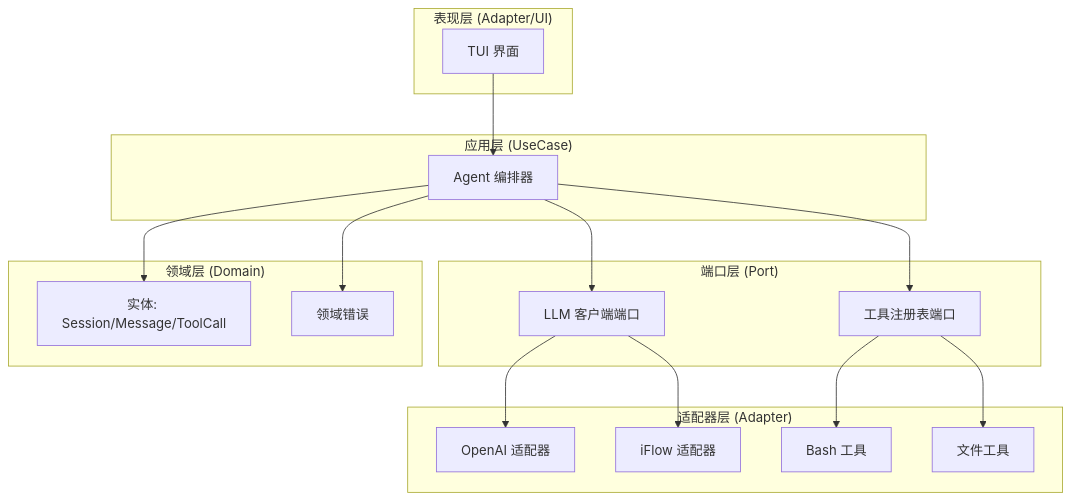
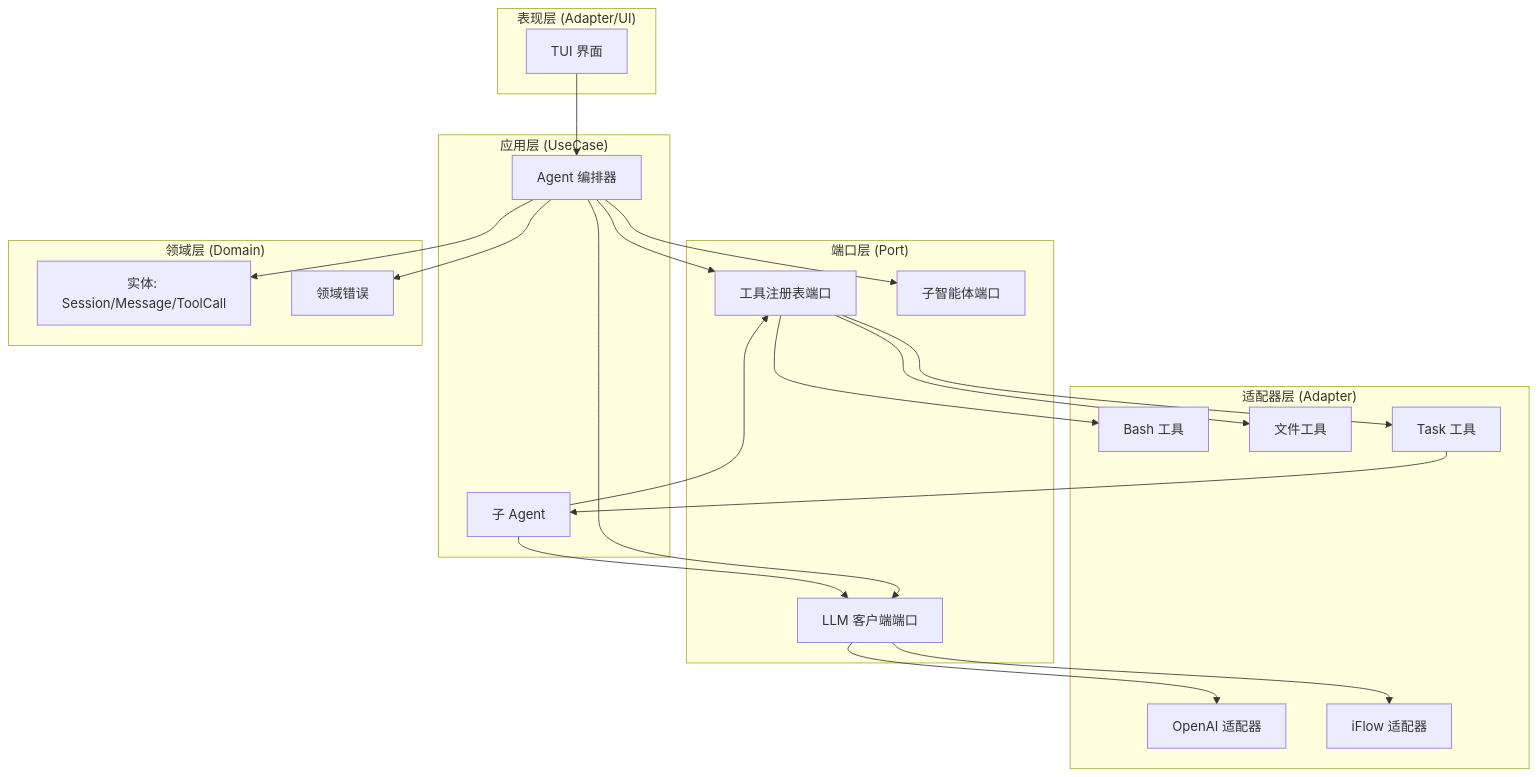
The first of 3 diagrams in docs/source-analysis/00-knowledge-map.md (friendlyhank/copilot), drawn with Mermaid before and after one commit. The commit also changed other lines of this file and 9 other files, not shown here.

````diff
--- a/docs/source-analysis/00-knowledge-map.md
+++ b/docs/source-analysis/00-knowledge-map.md
@@ -44,37 +44,45 @@
 ```mermaid
 graph TB
     subgraph "表现层 (Adapter/UI)"
         TUI[TUI 界面]
     end
     
     subgraph "应用层 (UseCase)"
         Agent[Agent 编排器]
+        SubAgent[子 Agent]
     end
     
     subgraph "端口层 (Port)"
         LLMPort[LLM 客户端端口]
         ToolPort[工具注册表端口]
+        SubAgentPort[子智能体端口]
     end
     
     subgraph "适配器层 (Adapter)"
         OpenAI[OpenAI 适配器]
         iFlow[iFlow 适配器]
         Bash[Bash 工具]
         FileTools[文件工具]
+        Task[Task 工具]
     end
     
     subgraph "领域层 (Domain)"
         Entity[实体: Session/Message/ToolCall]
         Errors[领域错误]
     end
     
     TUI --> Agent
     Agent --> LLMPort
     Agent --> ToolPort
+    Agent --> SubAgentPort
+    SubAgent --> LLMPort
+    SubAgent --> ToolPort
     LLMPort --> OpenAI
     LLMPort --> iFlow
     ToolPort --> Bash
     ToolPort --> FileTools
+    ToolPort --> Task
+    Task --> SubAgent
     Agent --> Entity
     Agent --> Errors
 ```
````
